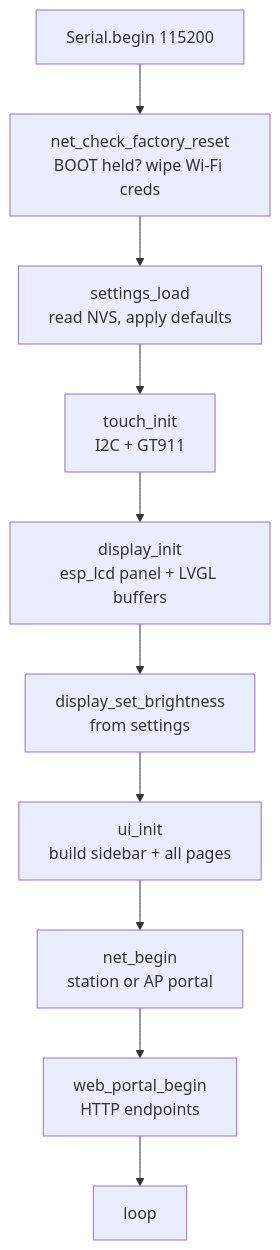
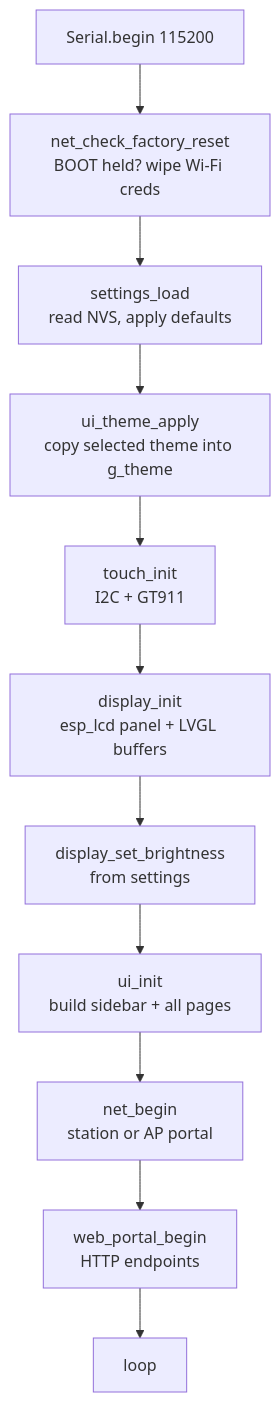
One commit to howardginsburg/CrowPanel-Hub changed the second of 4 diagrams in architecture.md. Above: the diagram before and after it, drawn with Mermaid. The commit also changed other lines of this file and 8 other files, not shown here.

````diff
--- a/architecture.md
+++ b/architecture.md
@@ -164,12 +172,13 @@
 ```mermaid
 flowchart TD
     A[Serial.begin 115200] --> B[net_check_factory_reset<br/>BOOT held? wipe Wi-Fi creds]
     B --> C[settings_load<br/>read NVS, apply defaults]
-    C --> E[touch_init<br/>I2C + GT911]
+    C --> D[ui_theme_apply<br/>copy selected theme into g_theme]
+    D --> E[touch_init<br/>I2C + GT911]
     E --> F[display_init<br/>esp_lcd panel + LVGL buffers]
     F --> G[display_set_brightness<br/>from settings]
     G --> H[ui_init<br/>build sidebar + all pages]
     H --> I[net_begin<br/>station or AP portal]
     I --> J[web_portal_begin<br/>HTTP endpoints]
     J --> K[loop]
 ```
````
